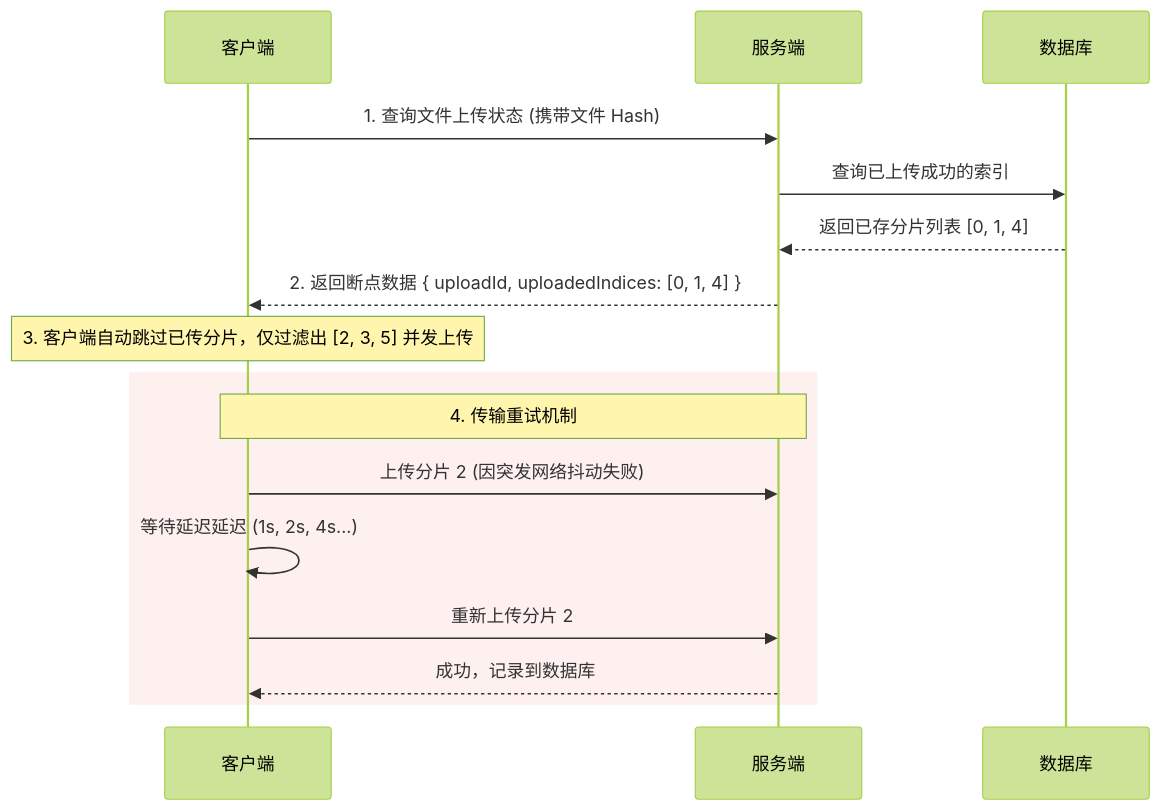
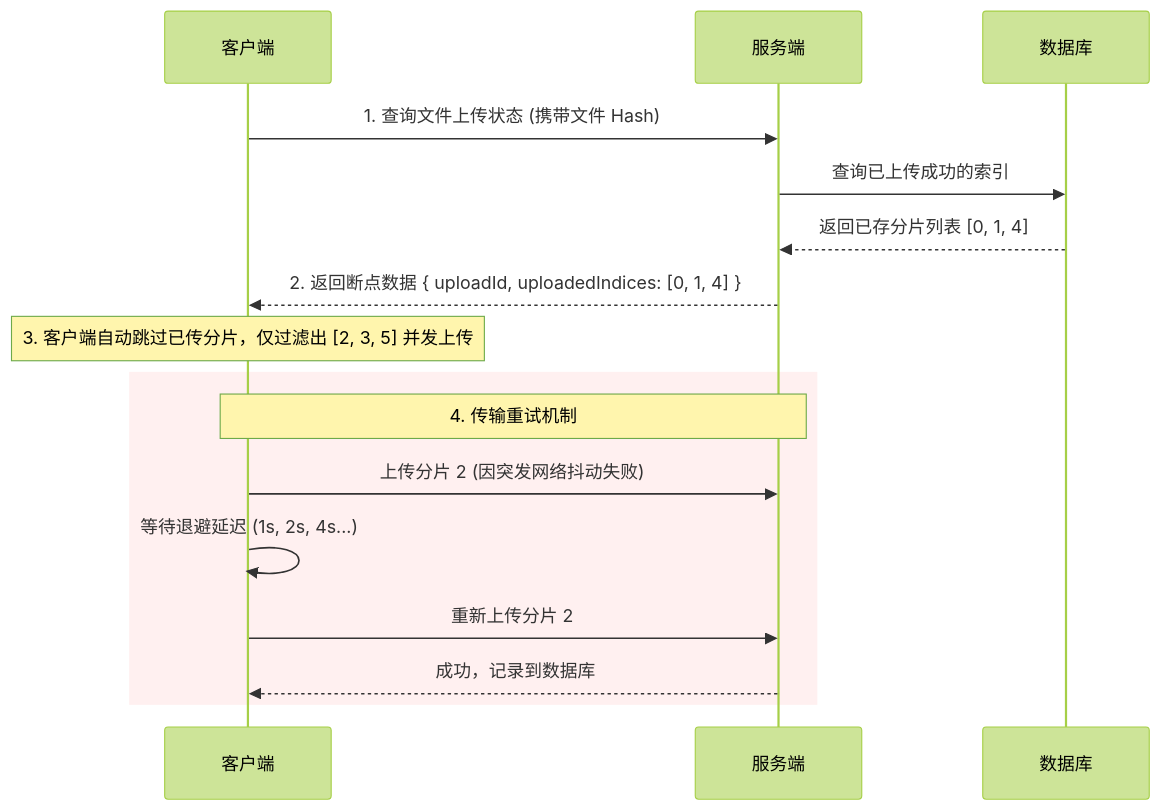
The fourth of 4 diagrams in docs/features/file-upload/README.md (weihongyu12/web), drawn with Mermaid (forest theme) before and after one commit. The commit also changed other lines of this file and 13 other files, not shown here.

````diff
--- a/docs/features/file-upload/README.md
+++ b/docs/features/file-upload/README.md
@@ -225,21 +289,21 @@
 ```mermaid
 sequenceDiagram
     participant C as 客户端
     participant S as 服务端
     participant DB as 数据库
 
     C->>S: 1. 查询文件上传状态 (携带文件 Hash)
     S->>DB: 查询已上传成功的索引
     DB-->>S: 返回已存分片列表 [0, 1, 4]
     S-->>C: 2. 返回断点数据 { uploadId, uploadedIndices: [0, 1, 4] }
 
     Note over C: 3. 客户端自动跳过已传分片，仅过滤出 [2, 3, 5] 并发上传
     
     rect rgb(255, 240, 240)
         Note over C,S: 4. 传输重试机制
         C->>S: 上传分片 2 (因突发网络抖动失败)
-        C->>C: 等待延迟延迟 (1s, 2s, 4s...)
+        C->>C: 等待退避延迟 (1s, 2s, 4s...)
         C->>S: 重新上传分片 2
         S-->>C: 成功，记录到数据库
     end
 ```
````
